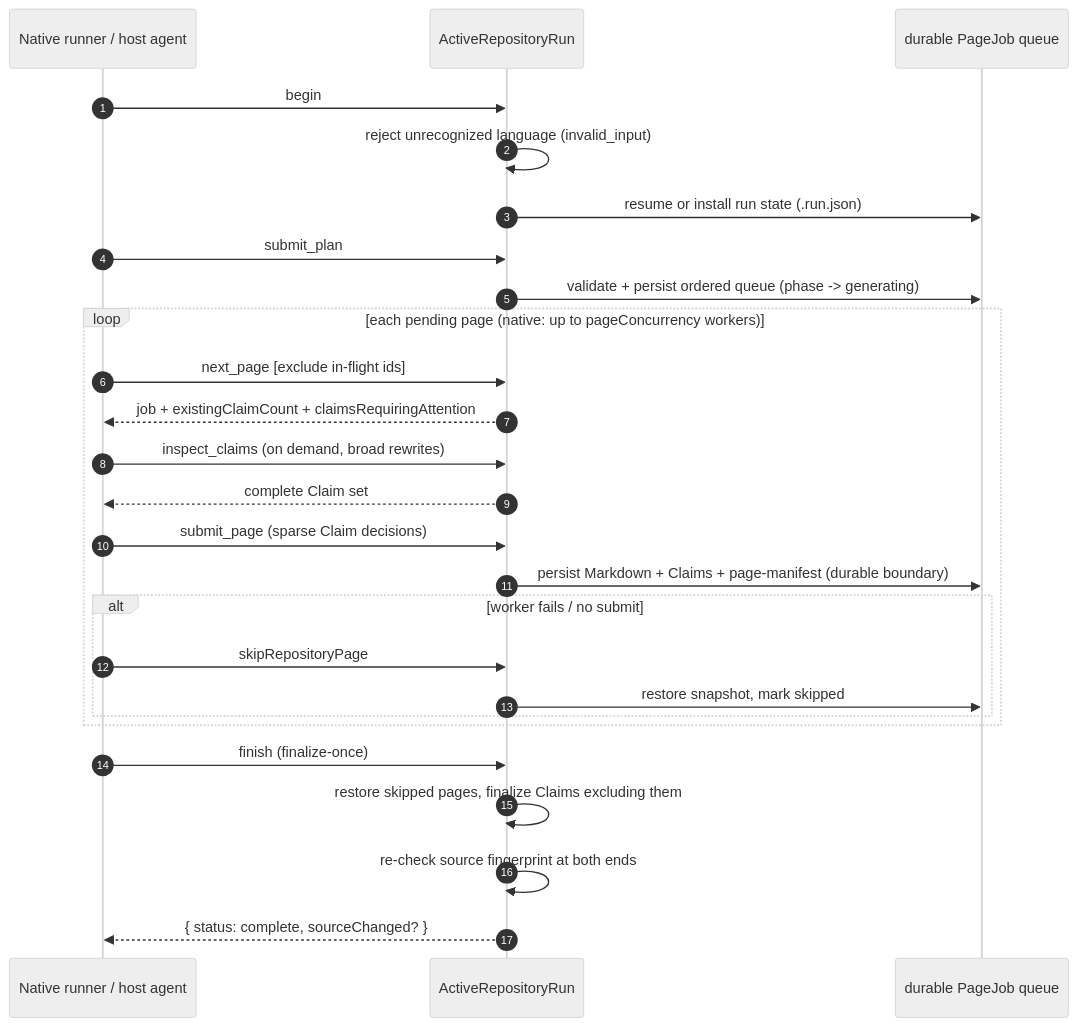
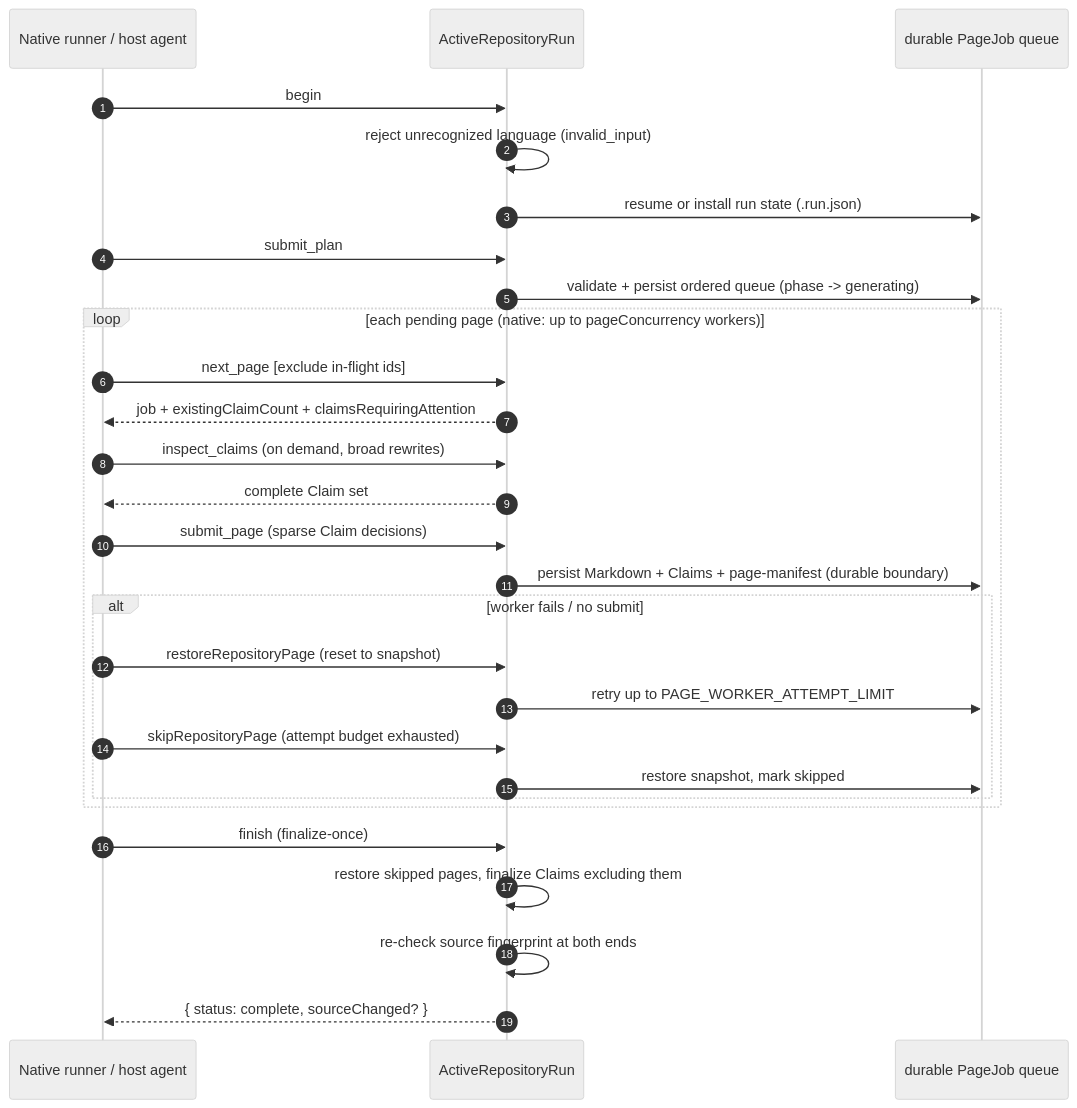
One commit to langchain-ai/openwiki changed the second of 2 diagrams in openwiki/architecture/overview.md. Above: the diagram before and after it, drawn with Mermaid (neutral theme). The commit also changed other lines of this file and 48 other files, not shown here.

````diff
--- a/openwiki/architecture/overview.md
+++ b/openwiki/architecture/overview.md
@@ -120,28 +125,30 @@
 ```mermaid
 sequenceDiagram
   autonumber
   participant Driver as Native runner / host agent
   participant Run as ActiveRepositoryRun
   participant Queue as durable PageJob queue
   Driver->>Run: begin
   Run->>Run: reject unrecognized language (invalid_input)
   Run->>Queue: resume or install run state (.run.json)
   Driver->>Run: submit_plan
   Run->>Queue: validate + persist ordered queue (phase -> generating)
   loop each pending page (native: up to pageConcurrency workers)
     Driver->>Run: next_page [exclude in-flight ids]
     Run-->>Driver: job + existingClaimCount + claimsRequiringAttention
     Driver->>Run: inspect_claims (on demand, broad rewrites)
     Run-->>Driver: complete Claim set
     Driver->>Run: submit_page (sparse Claim decisions)
     Run->>Queue: persist Markdown + Claims + page-manifest (durable boundary)
     alt worker fails / no submit
-      Driver->>Run: skipRepositoryPage
+      Driver->>Run: restoreRepositoryPage (reset to snapshot)
+      Run->>Queue: retry up to PAGE_WORKER_ATTEMPT_LIMIT
+      Driver->>Run: skipRepositoryPage (attempt budget exhausted)
       Run->>Queue: restore snapshot, mark skipped
     end
   end
   Driver->>Run: finish (finalize-once)
   Run->>Run: restore skipped pages, finalize Claims excluding them
   Run->>Run: re-check source fingerprint at both ends
   Run-->>Driver: { status: complete, sourceChanged? }
 ```
````
